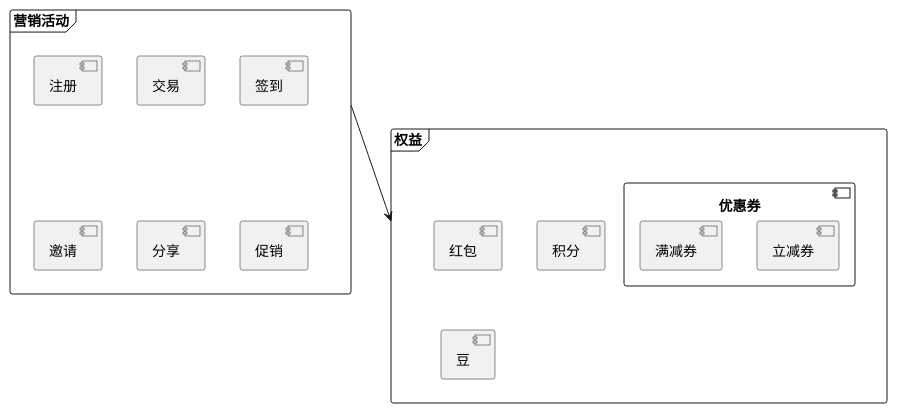
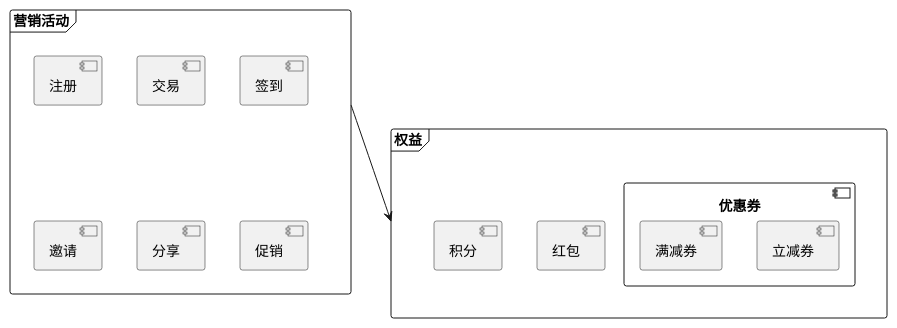
The diagram in assets/plantuml/marketing.md (Wang-Ray/Wang-Ray.github.io), drawn with PlantUML before and after one commit. The commit also changed 1 other file, not shown here.

````diff
--- a/assets/plantuml/marketing.md
+++ b/assets/plantuml/marketing.md
@@ -1,23 +1,22 @@
 ```plantuml
 @startuml
 frame 营销活动 {
     component 注册
     component 交易
     component 签到
     component 邀请
     component 分享
     component 促销
 }
 frame 权益 {
     component 优惠券 {
         component 立减券
         component 满减券
     }
     component 红包
     component 积分
-    component 豆
 }
 营销活动 --> 权益
 
 @enduml
 ```
````
